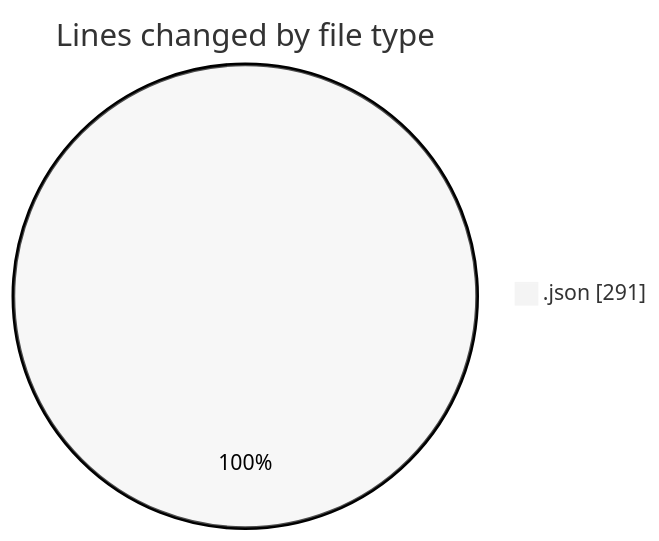
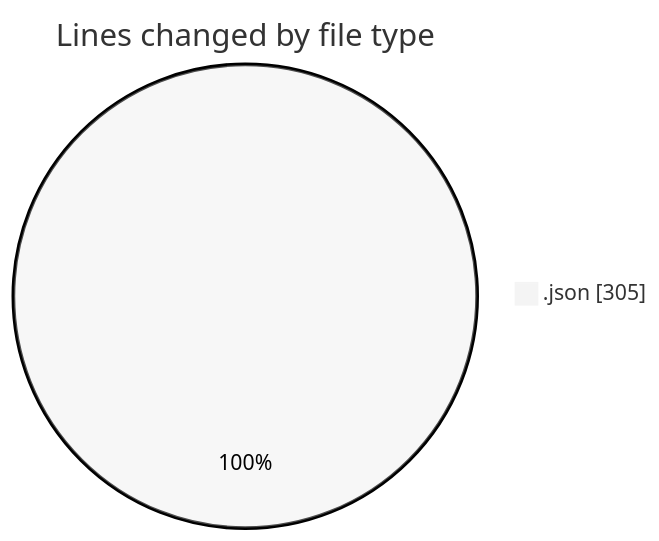
Before and after one commit to charlie-sans/code-tracking: the first of 2 diagrams in 2025-03-11/mylighter-uhigh/README.md, drawn with Mermaid (neutral theme). The commit also changed other lines of this file and 1 other file, not shown here.

````diff
--- a/2025-03-11/mylighter-uhigh/README.md
+++ b/2025-03-11/mylighter-uhigh/README.md
@@ -21,5 +21,5 @@
 ```mermaid
 pie showData
 title Lines changed by file type
-".json" : 291
+".json" : 305
 ```
````
